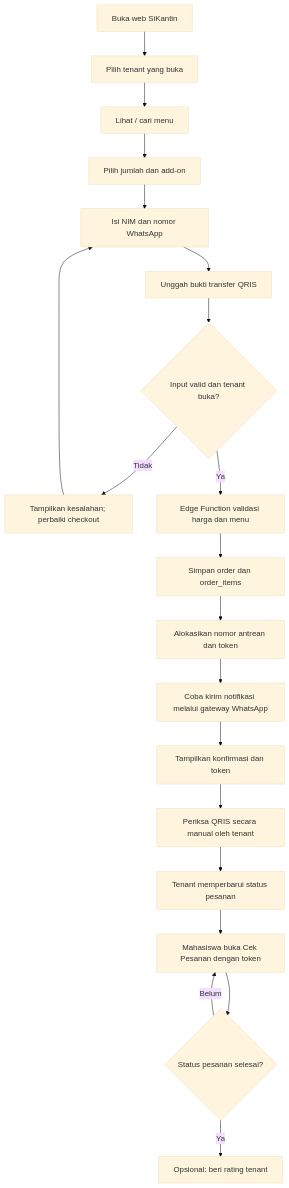
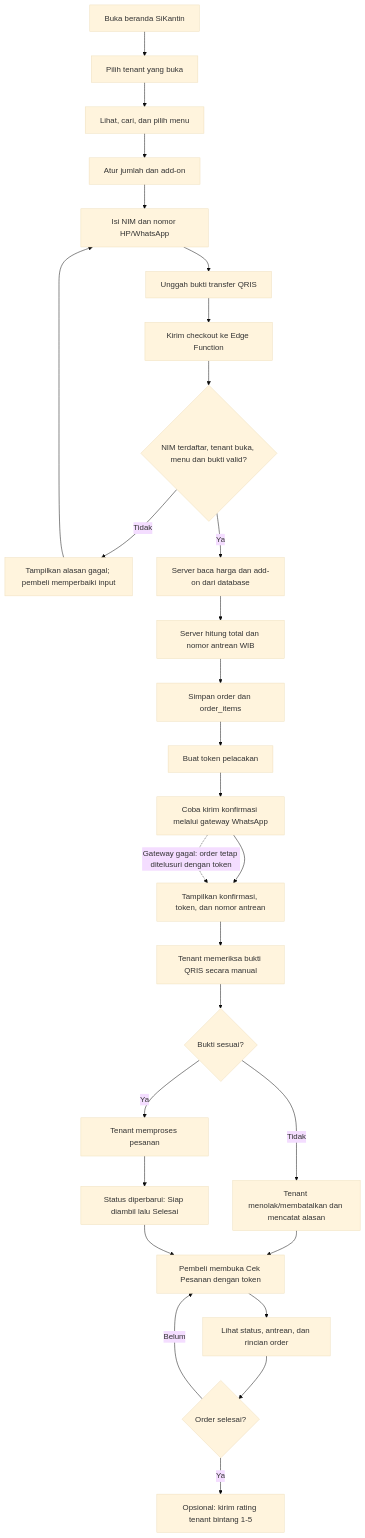
One commit to nandayudhistirawibowo/SiKantin changed the first of 7 diagrams in FLOWCHART.md. Above: the diagram before and after it, drawn with Mermaid (base theme). The commit also changed other lines of this file and 3 other files, not shown here.

Commit message:
Dokumentasi lengkap: PRD, Flowchart, Database, dan Presentasi

````diff
--- a/FLOWCHART.md
+++ b/FLOWCHART.md
@@ -7,22 +7,30 @@
 ```mermaid
 flowchart TD
-    A[Buka web SiKantin] --> B[Pilih tenant yang buka]
-    B --> C[Lihat / cari menu]
-    C --> D[Pilih jumlah dan add-on]
-    D --> E[Isi NIM dan nomor WhatsApp]
+    A[Buka beranda SiKantin] --> B[Pilih tenant yang buka]
+    B --> C[Lihat, cari, dan pilih menu]
+    C --> D[Atur jumlah dan add-on]
+    D --> E[Isi NIM dan nomor HP/WhatsApp]
     E --> F[Unggah bukti transfer QRIS]
-    F --> G{Input valid dan tenant buka?}
-    G -- Tidak --> H[Tampilkan kesalahan; perbaiki checkout]
-    H --> E
-    G -- Ya --> I[Edge Function validasi harga dan menu]
-    I --> J[Simpan order dan order_items]
-    J --> K[Alokasikan nomor antrean dan token]
-    K --> L[Coba kirim notifikasi melalui gateway WhatsApp]
-    L --> M[Tampilkan konfirmasi dan token]
-    M --> N[Periksa QRIS secara manual oleh tenant]
-    N --> O[Tenant memperbarui status pesanan]
-    O --> P[Mahasiswa buka Cek Pesanan dengan token]
-    P --> Q{Status pesanan selesai?}
-    Q -- Belum --> P
-    Q -- Ya --> R[Opsional: beri rating tenant]
+    F --> G[Kirim checkout ke Edge Function]
+    G --> H{NIM terdaftar, tenant buka, menu dan bukti valid?}
+    H -- Tidak --> I[Tampilkan alasan gagal; pembeli memperbaiki input]
+    I --> E
+    H -- Ya --> J[Server baca harga dan add-on dari database]
+    J --> K[Server hitung total dan nomor antrean WIB]
+    K --> L[Simpan order dan order_items]
+    L --> M[Buat token pelacakan]
+    M --> N[Coba kirim konfirmasi melalui gateway WhatsApp]
+    N --> O[Tampilkan konfirmasi, token, dan nomor antrean]
+    O --> P[Tenant memeriksa bukti QRIS secara manual]
+    P --> Q{Bukti sesuai?}
+    Q -- Tidak --> R[Tenant menolak/membatalkan dan mencatat alasan]
+    Q -- Ya --> S[Tenant memproses pesanan]
+    S --> T[Status diperbarui: Siap diambil lalu Selesai]
+    R --> U[Pembeli membuka Cek Pesanan dengan token]
+    T --> U
+    U --> V[Lihat status, antrean, dan rincian order]
+    V --> W{Order selesai?}
+    W -- Belum --> U
+    W -- Ya --> X[Opsional: kirim rating tenant bintang 1-5]
+    N -. Gateway gagal: order tetap ditelusuri dengan token .-> O
 ```
````
